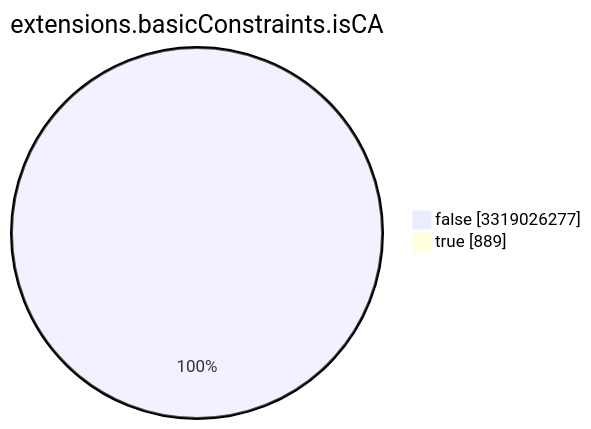
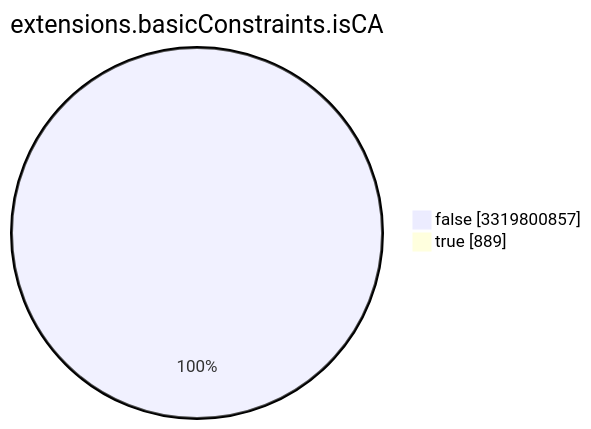
Before and after one commit to christiankrug/ctmonitor_visualization: the seventh of 15 diagrams in TOTAL/README.md, drawn with Mermaid. The commit also changed other lines of this file, not shown here.

````diff
--- a/TOTAL/README.md
+++ b/TOTAL/README.md
@@ -3089,6 +3089,6 @@
 ```mermaid
 pie showData
 title extensions.basicConstraints.isCA
-"false" :3319026277
+"false" :3319800857
 "true" :889
 ```
````
